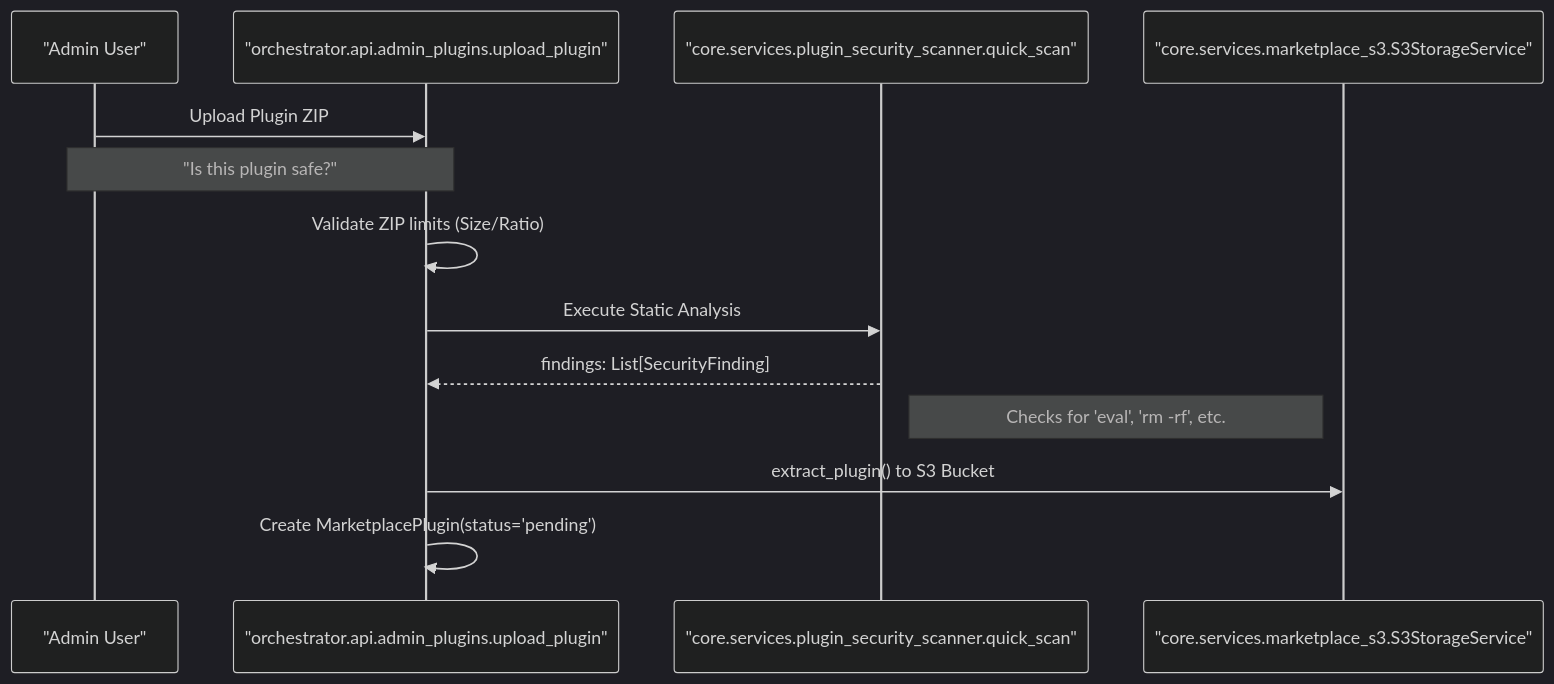
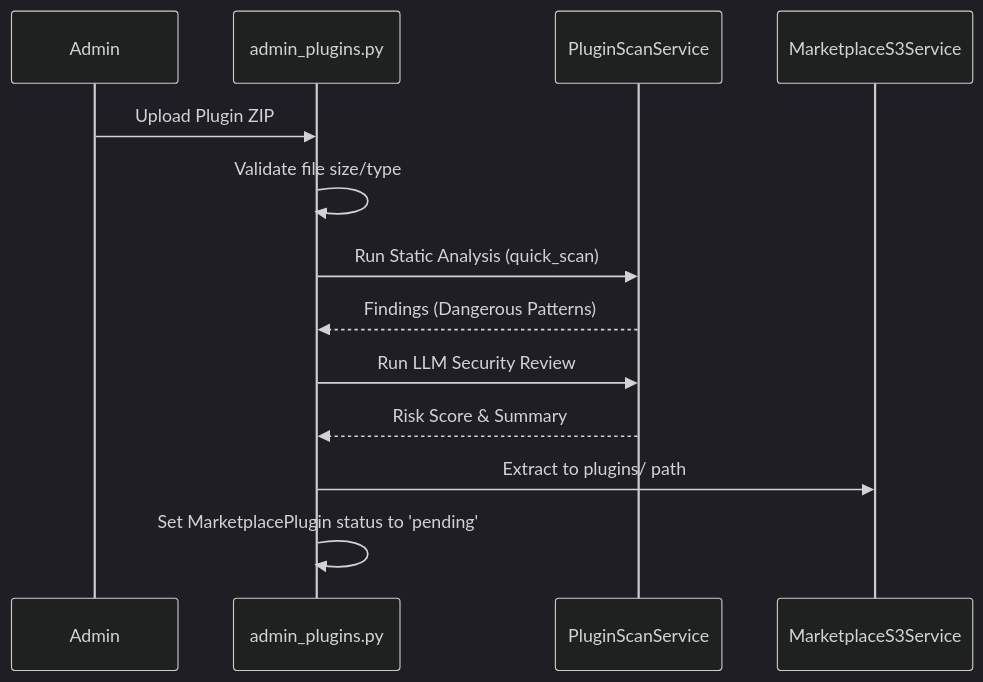
One commit to AutomatosAI/automatos-ai changed the second of 2 diagrams in docs/agents/agent-plugins-skills.md. Above: the diagram before and after it, drawn with Mermaid (dark theme). The commit also changed other lines of this file and 153 other files, not shown here.

````diff
--- a/docs/agents/agent-plugins-skills.md
+++ b/docs/agents/agent-plugins-skills.md
@@ -156,16 +156,16 @@
 ```mermaid
 sequenceDiagram
-    participant Admin as "Admin User"
-    participant API as "orchestrator.api.admin_plugins.upload_plugin"
-    participant Scan as "core.services.plugin_security_scanner.quick_scan"
-    participant S3 as "core.services.marketplace_s3.S3StorageService"
+    participant Admin
+    participant API as admin_plugins.py
+    participant Scan as PluginScanService
+    participant S3 as MarketplaceS3Service
 
     Admin->>API: Upload Plugin ZIP
-    Note over Admin, API: "Is this plugin safe?"
-    API->>API: Validate ZIP limits (Size/Ratio)
-    API->>Scan: Execute Static Analysis
-    Scan-->>API: findings: List[SecurityFinding]
-    Note right of Scan: Checks for 'eval', 'rm -rf', etc.
-    API->>S3: extract_plugin() to S3 Bucket
-    API->>API: Create MarketplacePlugin(status='pending')
+    API->>API: Validate file size/type
+    API->>Scan: Run Static Analysis (quick_scan)
+    Scan-->>API: Findings (Dangerous Patterns)
+    API->>Scan: Run LLM Security Review
+    Scan-->>API: Risk Score & Summary
+    API->>S3: Extract to plugins/ path
+    API->>API: Set MarketplacePlugin status to 'pending'
 ```
````
